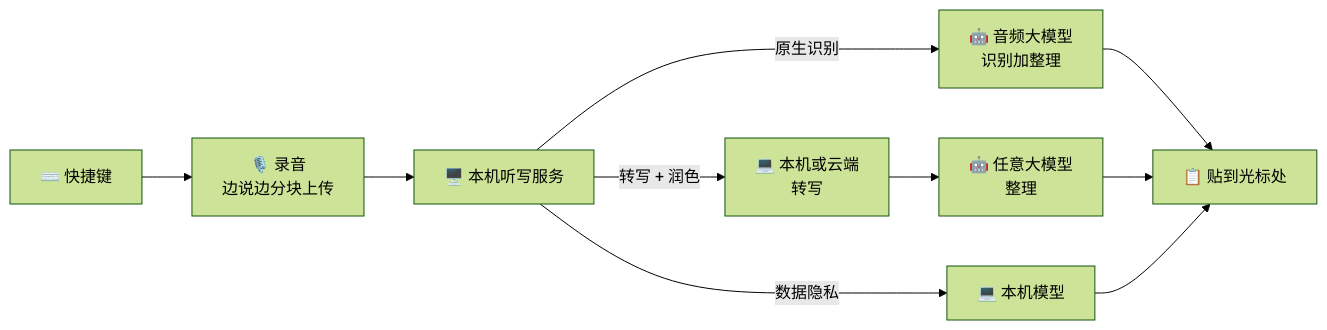
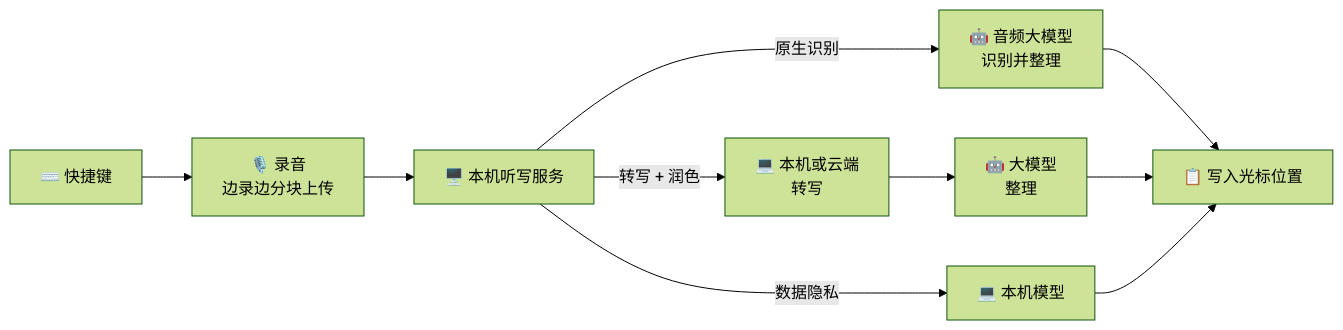
One commit to GavinMo1/speakmore changed the diagram in README.md. Above: the diagram before and after it, drawn with Mermaid (forest theme). The commit also changed other lines of this file and 3 other files, not shown here.

Commit message:
README 中英两版的语言整体改成书面语：去掉口语和第二人称口吻，按报告的写法写，句子更短、术语统一（如"花钱自由"改为"费用自由"，"开始用"改为"安装"）；内容和配图不变

````diff
--- a/README.md
+++ b/README.md
@@ -296,12 +296,12 @@
 ```mermaid
 flowchart LR
-  A["⌨️ 快捷键"] --> B["🎙️ 录音<br/>边说边分块上传"]
+  A["⌨️ 快捷键"] --> B["🎙️ 录音<br/>边录边分块上传"]
   B --> C["🖥️ 本机听写服务"]
-  C -- 原生识别 --> D["🤖 音频大模型<br/>识别加整理"]
+  C -- 原生识别 --> D["🤖 音频大模型<br/>识别并整理"]
   C -- 转写 + 润色 --> L["💻 本机或云端<br/>转写"]
-  L --> P["🤖 任意大模型<br/>整理"]
+  L --> P["🤖 大模型<br/>整理"]
   C -- 数据隐私 --> Q["💻 本机模型"]
-  D --> E["📋 贴到光标处"]
+  D --> E["📋 写入光标位置"]
   P --> E
   Q --> E
 ```
````
